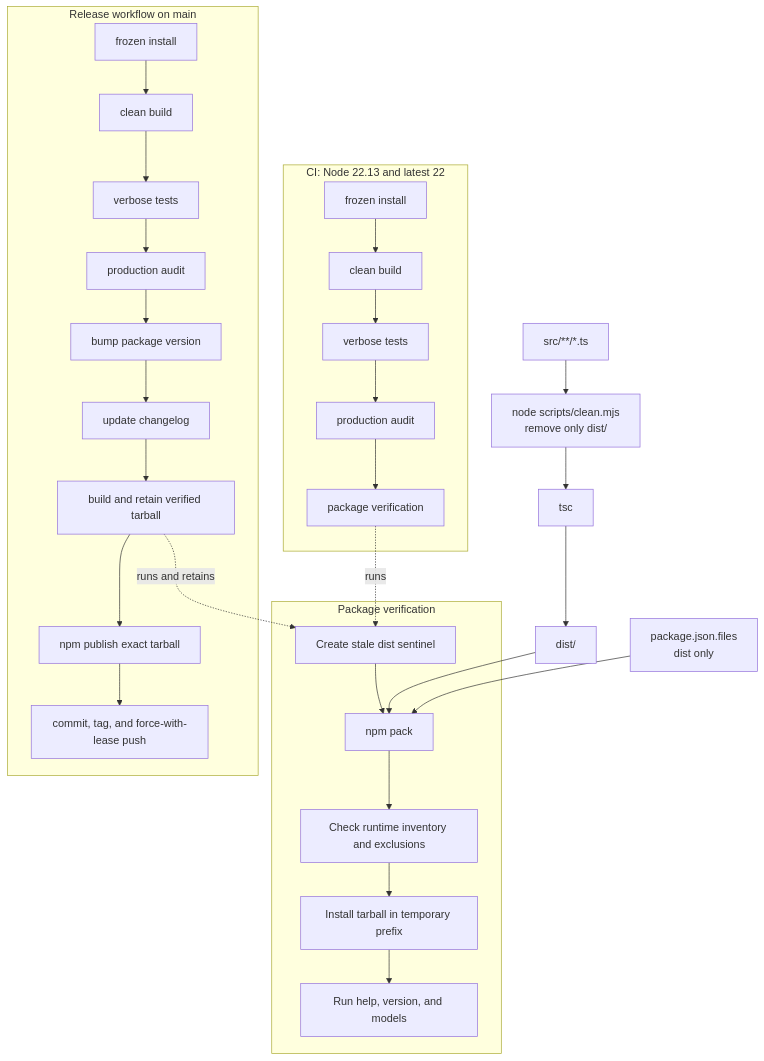
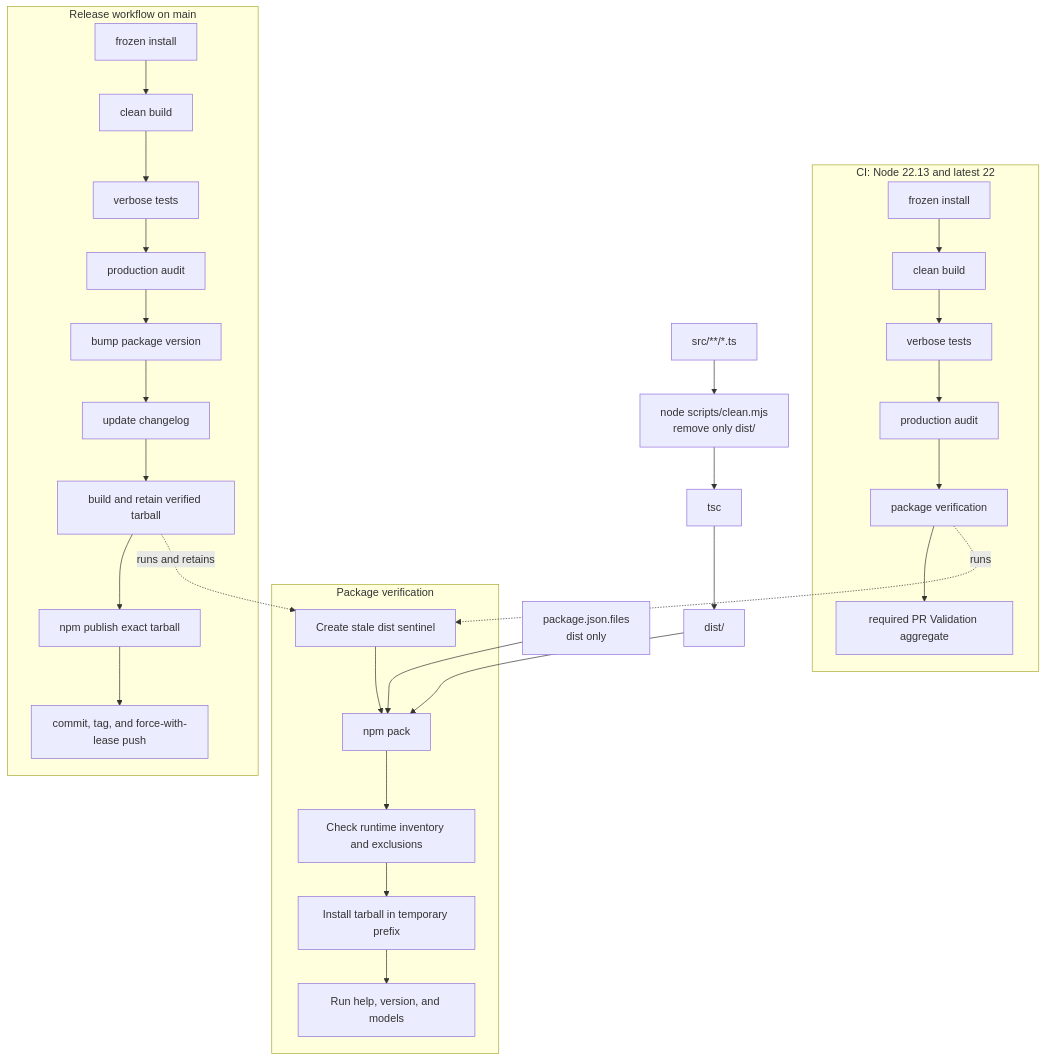
Before and after one commit to AndrewHuffman/hey-ai: the tenth of 10 diagrams in docs/architecture.md, drawn with Mermaid. The commit also changed 5 other files, not shown here.

````diff
--- a/docs/architecture.md
+++ b/docs/architecture.md
@@ -407,36 +407,37 @@
 ```mermaid
 flowchart TB
     Source["src/**/*.ts"] --> Clean["node scripts/clean.mjs<br/>remove only dist/"]
     Clean --> Build["tsc"]
     Build --> Dist["dist/"]
     Allowlist["package.json.files<br/>dist only"] --> Pack["npm pack"]
     Dist --> Pack
 
     subgraph Smoke["Package verification"]
         Stale["Create stale dist sentinel"] --> Pack
         Pack --> Inventory["Check runtime inventory and exclusions"]
         Inventory --> InstallTar["Install tarball in temporary prefix"]
         InstallTar --> Commands["Run help, version, and models"]
     end
 
     subgraph CI["CI: Node 22.13 and latest 22"]
         InstallCI["frozen install"] --> BuildCI["clean build"]
         BuildCI --> TestCI["verbose tests"]
         TestCI --> AuditCI["production audit"]
         AuditCI --> SmokeCI["package verification"]
+        SmokeCI --> GateCI["required PR Validation aggregate"]
     end
 
     subgraph Release["Release workflow on main"]
         InstallRelease["frozen install"] --> BuildRelease["clean build"]
         BuildRelease --> TestRelease["verbose tests"]
         TestRelease --> AuditRelease["production audit"]
         AuditRelease --> Version["bump package version"]
         Version --> Change["update changelog"]
         Change --> VerifyRelease["build and retain verified tarball"]
         VerifyRelease --> Publish["npm publish exact tarball"]
         Publish --> Commit["commit, tag, and force-with-lease push"]
     end
 
     SmokeCI -. "runs" .-> Stale
     VerifyRelease -. "runs and retains" .-> Stale
 ```
````
